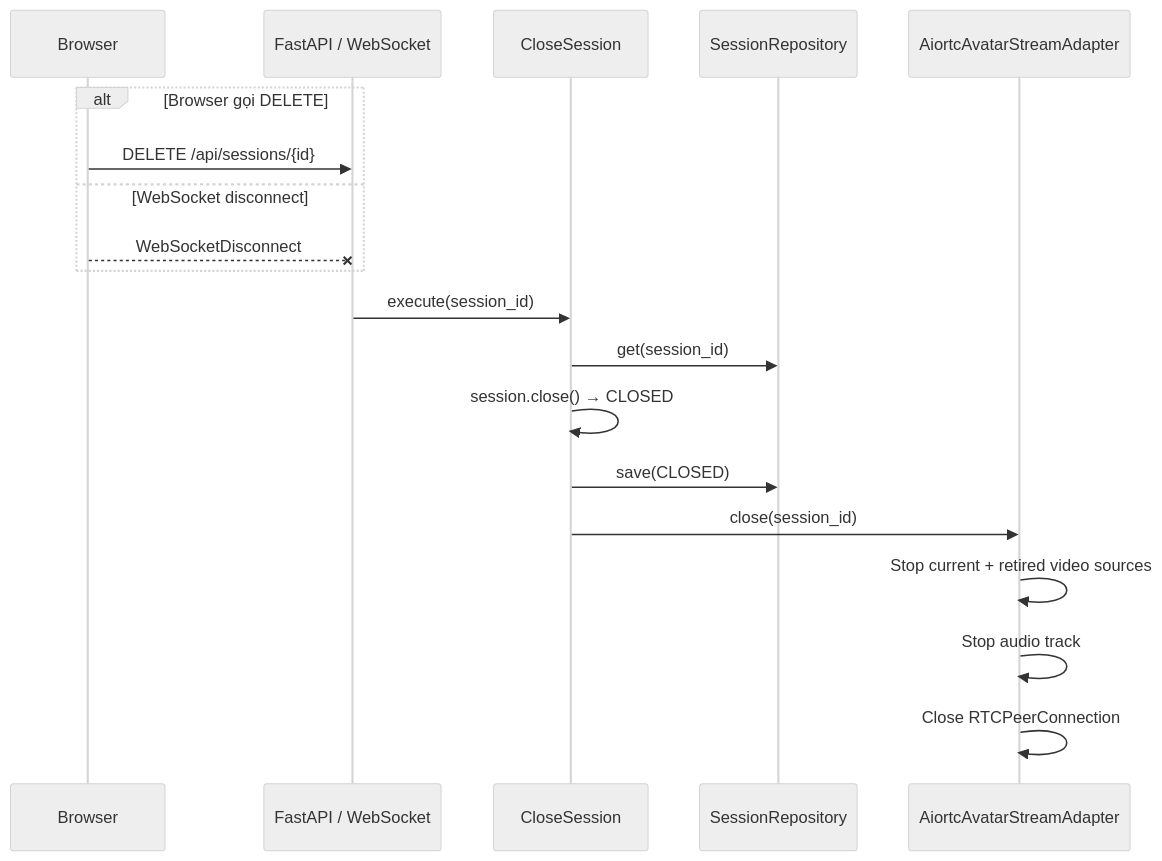
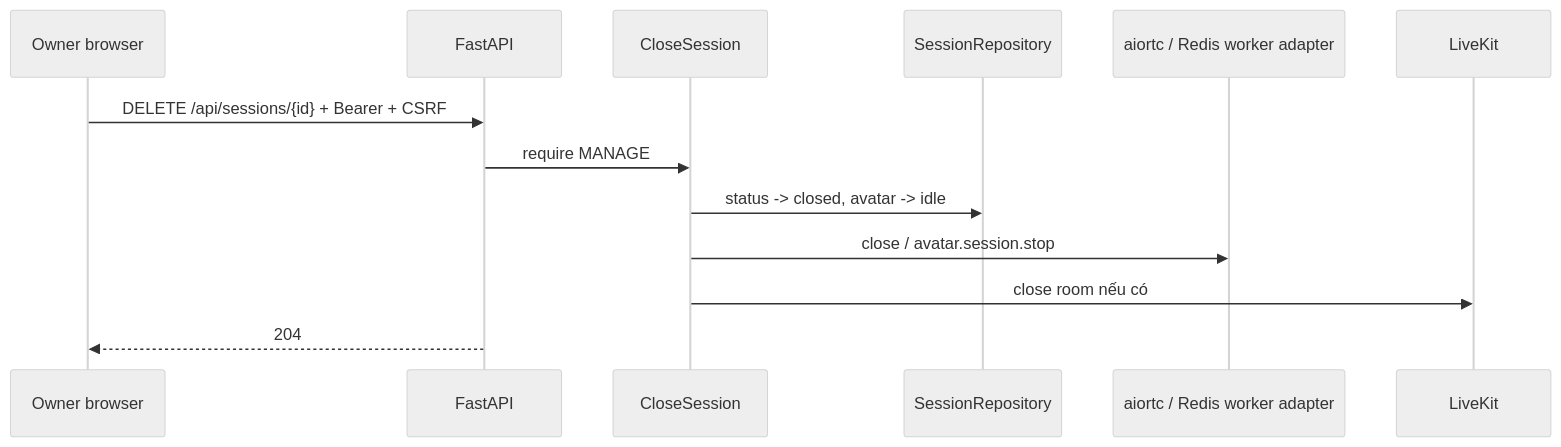
The seventh of 7 diagrams in docs/server-flow.md (thinhphan97/PersonaForge), drawn with Mermaid (neutral theme) before and after one commit. The commit also changed other lines of this file and 4 other files, not shown here.

Commit message:
docs: align architecture with current pipeline

````diff
--- a/docs/server-flow.md
+++ b/docs/server-flow.md
@@ -295,22 +270,16 @@
 ```mermaid
 sequenceDiagram
-    participant B as Browser
-    participant API as FastAPI / WebSocket
-    participant Close as CloseSession
-    participant Repo as SessionRepository
-    participant Media as AiortcAvatarStreamAdapter
+    participant O as Owner browser
+    participant API as FastAPI
+    participant C as CloseSession
+    participant DB as SessionRepository
+    participant Media as aiortc / Redis worker adapter
+    participant Room as LiveKit
 
-    alt Browser gọi DELETE
-        B->>API: DELETE /api/sessions/{id}
-    else WebSocket disconnect
-        B--xAPI: WebSocketDisconnect
-    end
-    API->>Close: execute(session_id)
-    Close->>Repo: get(session_id)
-    Close->>Close: session.close() → CLOSED
-    Close->>Repo: save(CLOSED)
-    Close->>Media: close(session_id)
-    Media->>Media: Stop current + retired video sources
-    Media->>Media: Stop audio track
-    Media->>Media: Close RTCPeerConnection
+    O->>API: DELETE /api/sessions/{id} + Bearer + CSRF
+    API->>C: require MANAGE
+    C->>DB: status -> closed, avatar -> idle
+    C->>Media: close / avatar.session.stop
+    C->>Room: close room nếu có
+    API-->>O: 204
 ```
````
